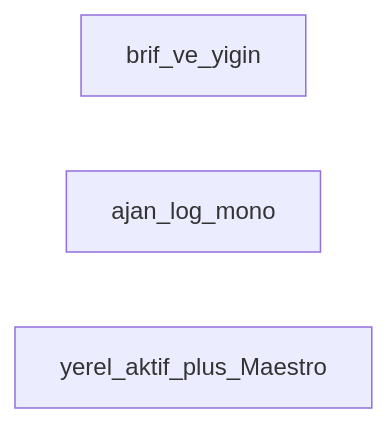
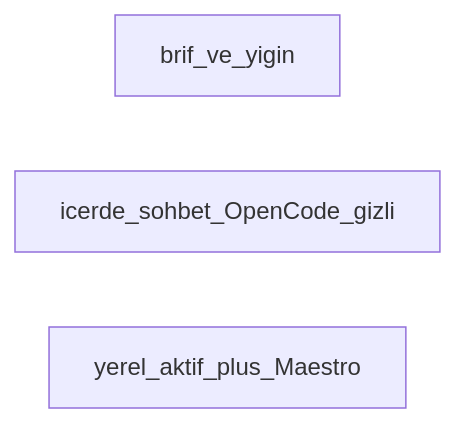
The fourth of 5 diagrams in docs/screens.md (emrahyasinisik/Cherry), drawn with Mermaid before and after one commit. The commit also changed other lines of this file and 20 other files, not shown here.

First line of the commit message:
Integrate OpenCode through Icerde chat, never the TUI.

````diff
--- a/docs/screens.md
+++ b/docs/screens.md
@@ -63,6 +63,6 @@
 ```mermaid
 flowchart LR
   Brief[brif_ve_yigin]
-  Log[ajan_log_mono]
+  Chat[icerde_sohbet_OpenCode_gizli]
   Side[yerel_aktif_plus_Maestro]
 ```
````
